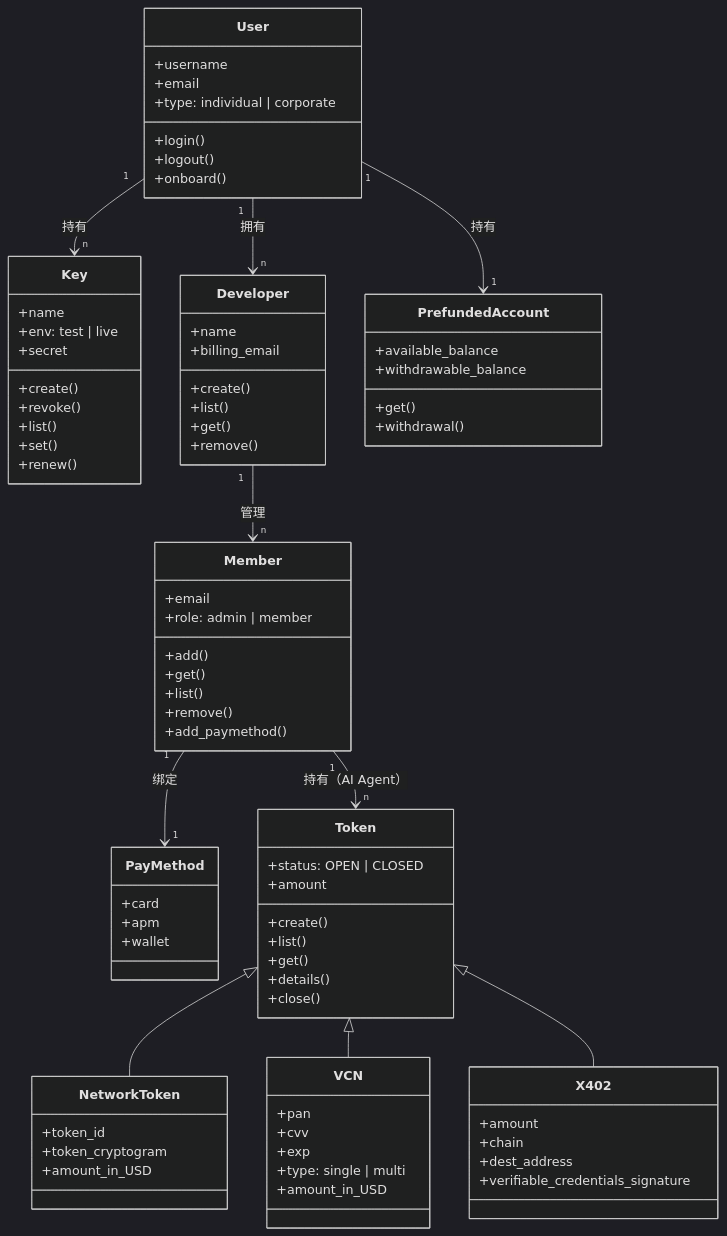
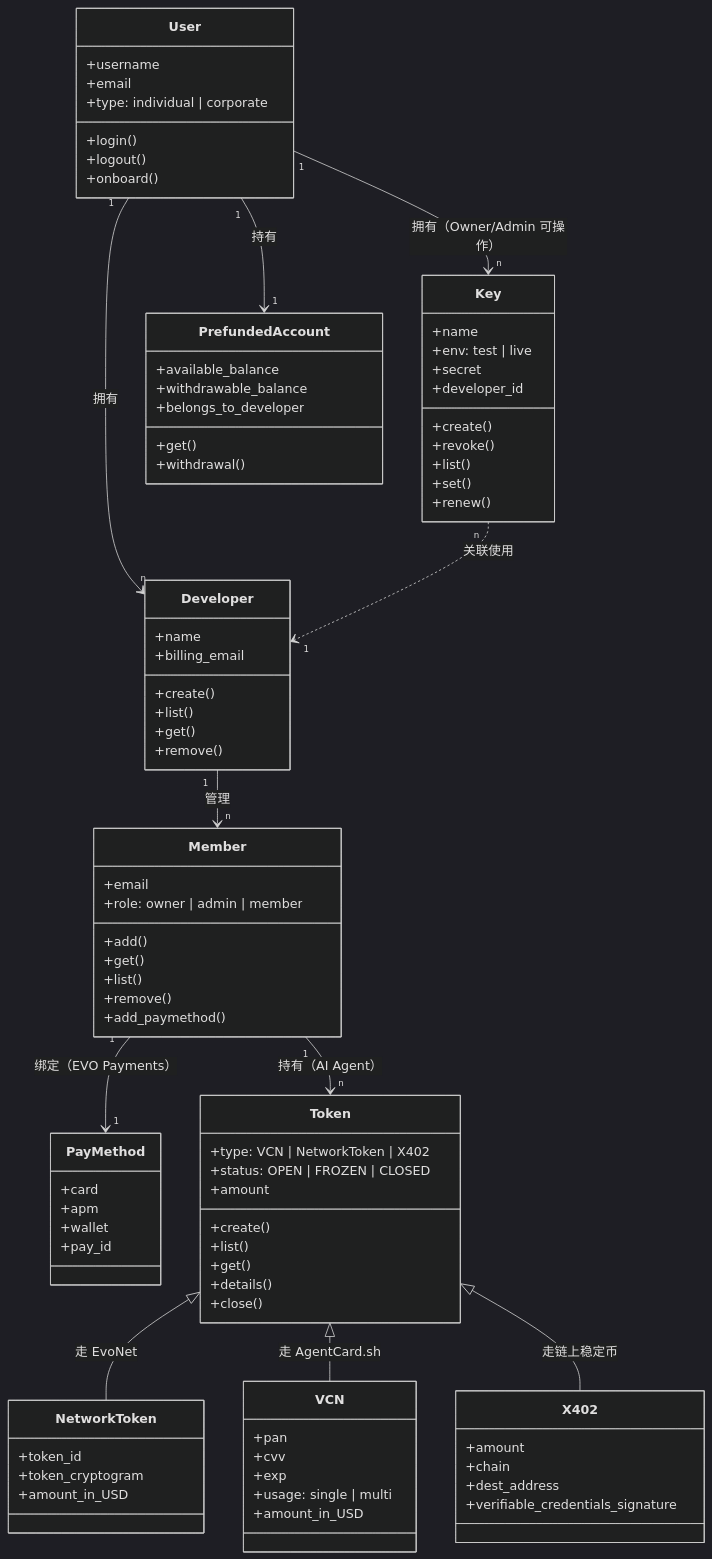
Before and after one commit to WalterHandsome/tech-learning-and-projects: the third of 4 diagrams in learning-notes/ai-agent/20-Agent支付/07-AgentToken-CLI设计规范与数据模型.md, drawn with Mermaid (dark theme). The commit also changed other lines of this file, not shown here.

Commit message:
docs: add sequence diagram, token lifecycle state diagram, RBAC graph, and optimize class diagram

````diff
--- a/learning-notes/ai-agent/20-Agent支付/07-AgentToken-CLI设计规范与数据模型.md
+++ b/learning-notes/ai-agent/20-Agent支付/07-AgentToken-CLI设计规范与数据模型.md
@@ -905,6 +970,7 @@
         +name
         +env: test | live
         +secret
+        +developer_id
         +create()
         +revoke()
         +list()
@@ -923,7 +989,7 @@
 
     class Member {
         +email
-        +role: admin | member
+        +role: owner | admin | member
         +add()
         +get()
         +list()
@@ -934,6 +1000,7 @@
     class PrefundedAccount {
         +available_balance
         +withdrawable_balance
+        +belongs_to_developer
         +get()
         +withdrawal()
     }
@@ -942,10 +1009,12 @@
         +card
         +apm
         +wallet
+        +pay_id
     }
 
     class Token {
-        +status: OPEN | CLOSED
+        +type: VCN | NetworkToken | X402
+        +status: OPEN | FROZEN | CLOSED
         +amount
         +create()
         +list()
@@ -964,7 +1033,7 @@
         +pan
         +cvv
         +exp
-        +type: single | multi
+        +usage: single | multi
         +amount_in_USD
     }
 
@@ -975,14 +1044,15 @@
         +verifiable_credentials_signature
     }
 
-    User "1" --> "n" Key : 持有
+    User "1" --> "n" Key : 拥有（Owner/Admin 可操作）
     User "1" --> "n" Developer : 拥有
     Developer "1" --> "n" Member : 管理
     User "1" --> "1" PrefundedAccount : 持有
-    Member "1" --> "1" PayMethod : 绑定
+    Key "n" ..> "1" Developer : 关联使用
+    Member "1" --> "1" PayMethod : 绑定（EVO Payments）
     Member "1" --> "n" Token : 持有（AI Agent）
 
-    Token <|-- NetworkToken
-    Token <|-- VCN
-    Token <|-- X402
+    Token <|-- NetworkToken : 走 EvoNet
+    Token <|-- VCN : 走 AgentCard.sh
+    Token <|-- X402 : 走链上稳定币
 ```
````
